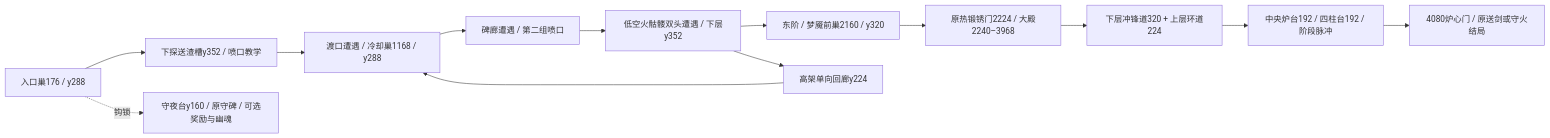
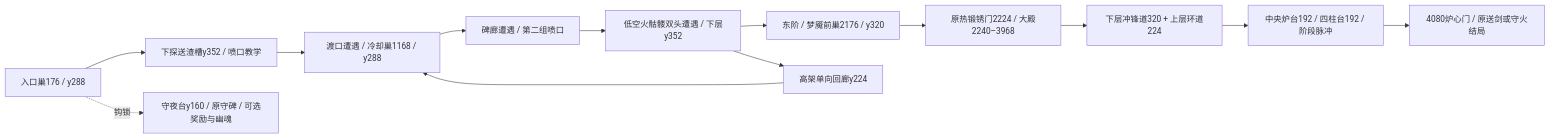
Before and after one commit to SSC-STUDIO/Rustgrave: the diagram in docs/level-redesign/level10.md, drawn with Mermaid. The commit also changed other lines of this file and 4 other files, not shown here.

````diff
--- a/docs/level-redesign/level10.md
+++ b/docs/level-redesign/level10.md
@@ -5,15 +5,15 @@
 ```mermaid
 flowchart LR
     A[入口巢176 / y288] --> B[下探送渣槽y352 / 喷口教学]
     B --> C[渡口遭遇 / 冷却巢1168 / y288]
     C --> D[碑廊遭遇 / 第二组喷口]
     D --> E[低空火骷髅双头遭遇 / 下层y352]
-    E --> F[东阶 / 梦魇前巢2160 / y320]
+    E --> F[东阶 / 梦魇前巢2176 / y320]
     E --> G[高架单向回廊y224]
     G --> C
     A -. 钩锁 .-> H[守夜台y160 / 原守碑 / 可选奖励与幽魂]
     F --> I[原热锻锈门2224 / 大殿2240–3968]
     I --> J[下层冲锋道320 + 上层环道224]
     J --> K[中央炉台192 / 四柱台192 / 阶段脉冲]
     K --> L[4080炉心门 / 原送剑或守火结局]
 ```
````
